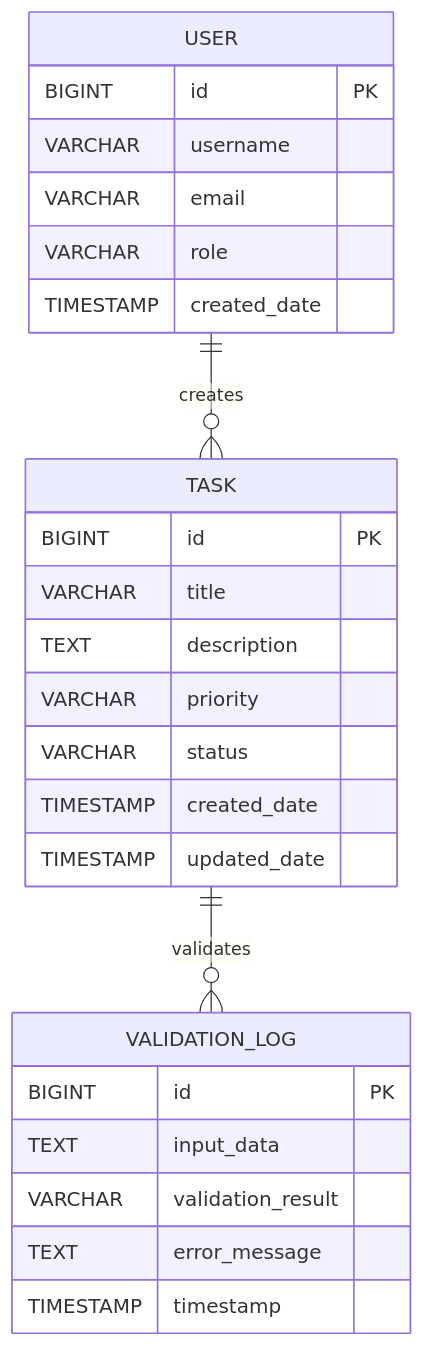
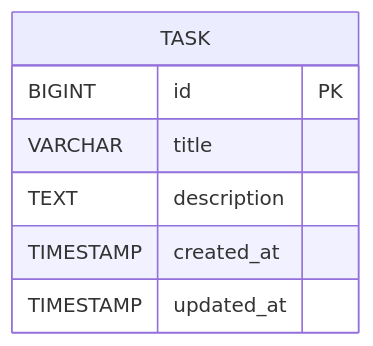
Before and after one commit to ThapaswiASC/SCIB-INCEPTION-PHASE-DEMO: the diagram in lld/lld_DEMO-759.md, drawn with Mermaid. The commit also changed other lines of this file, not shown here.

````diff
--- a/lld/lld_DEMO-759.md
+++ b/lld/lld_DEMO-759.md
@@ -287,31 +294,10 @@
 ```mermaid
 erDiagram
     TASK {
         BIGINT id PK
         VARCHAR title
         TEXT description
-        VARCHAR priority
-        VARCHAR status
-        TIMESTAMP created_date
-        TIMESTAMP updated_date
+        TIMESTAMP created_at
+        TIMESTAMP updated_at
     }
-    
-    VALIDATION_LOG {
-        BIGINT id PK
-        TEXT input_data
-        VARCHAR validation_result
-        TEXT error_message
-        TIMESTAMP timestamp
-    }
-    
-    USER {
-        BIGINT id PK
-        VARCHAR username
-        VARCHAR email
-        VARCHAR role
-        TIMESTAMP created_date
-    }
-    
-    USER ||--o{ TASK : creates
-    TASK ||--o{ VALIDATION_LOG : validates
 ```
````
